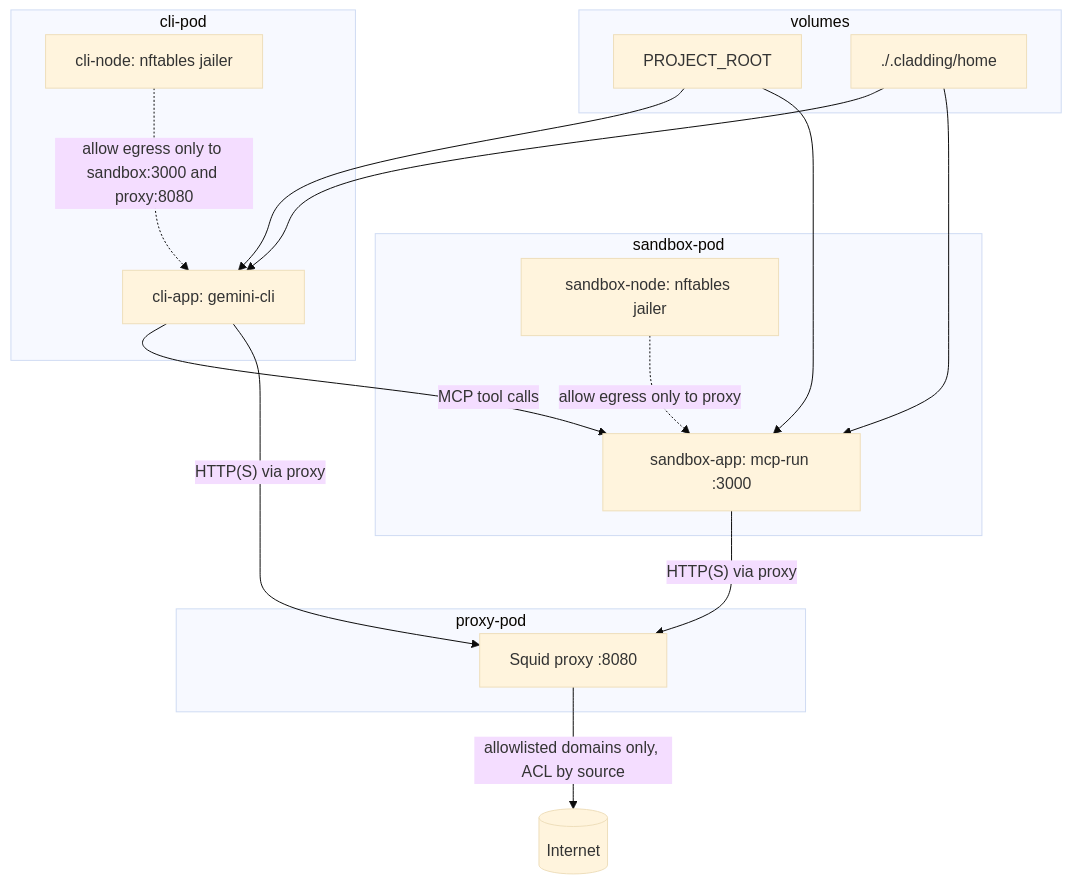
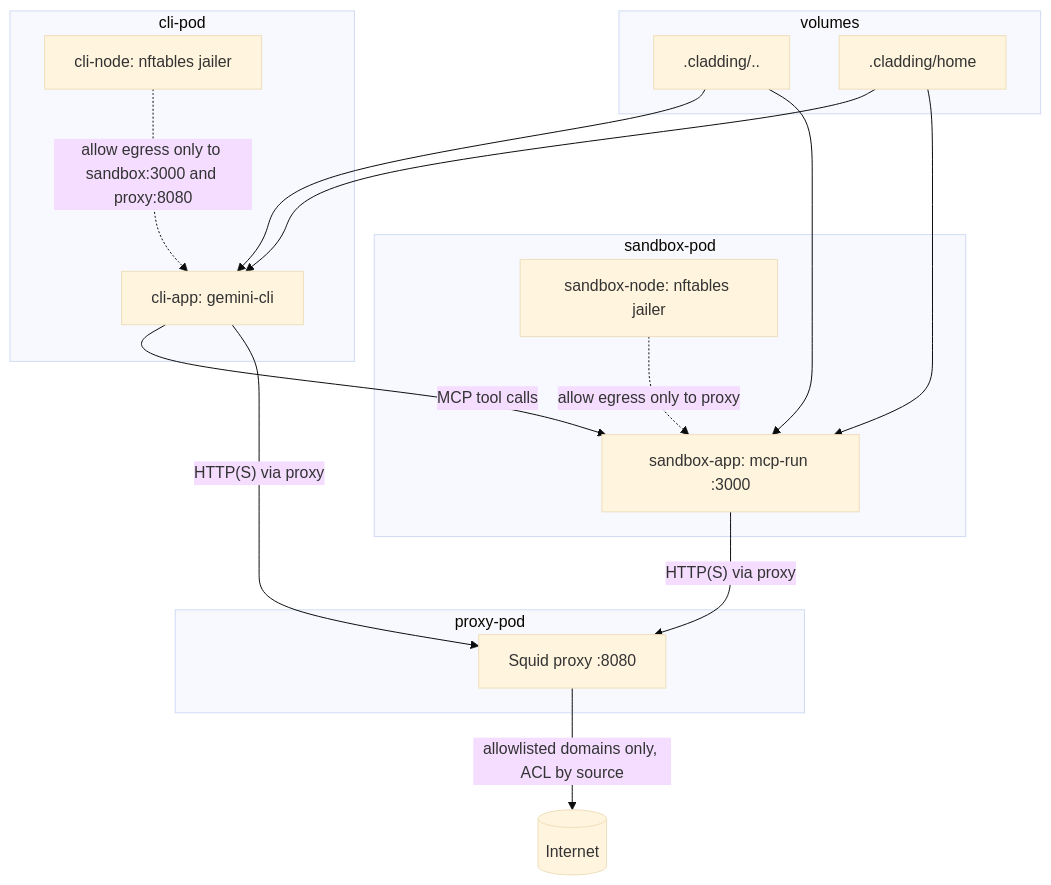
Before and after one commit to dstoc/cladding: the diagram in README.md, drawn with Mermaid (base theme). The commit also changed other lines of this file and 2 other files, not shown here.

First line of the commit message:
feat: config/cladding.json defines name, subnet and images

````diff
--- a/README.md
+++ b/README.md
@@ -78,35 +93,35 @@
 ```mermaid
 flowchart TB
   subgraph C[cli-pod]
     CJ[cli-node: nftables jailer]
     CA[cli-app: gemini-cli]
   end
 
   subgraph H[volumes]
-    WS[PROJECT_ROOT]
-    HOME[./.cladding/home]
+    WS[.cladding/..]
+    HOME[.cladding/home]
   end
 
 
   subgraph S[sandbox-pod]
     SJ[sandbox-node: nftables jailer]
     SA[sandbox-app: mcp-run :3000]
   end
 
   subgraph P[proxy-pod]
     PX[Squid proxy :8080]
   end
 
   WS --> CA
   WS --> SA
   HOME --> CA
   HOME --> SA
 
   CA -- MCP tool calls --> SA
   CA -- HTTP(S) via proxy --> PX
   SA -- HTTP(S) via proxy --> PX
   PX -- allowlisted domains only, ACL by source --> NET[(Internet)]
 
   CJ -. allow egress only to sandbox:3000 and proxy:8080 .-> CA
   SJ -. allow egress only to proxy .-> SA
 ```
````
